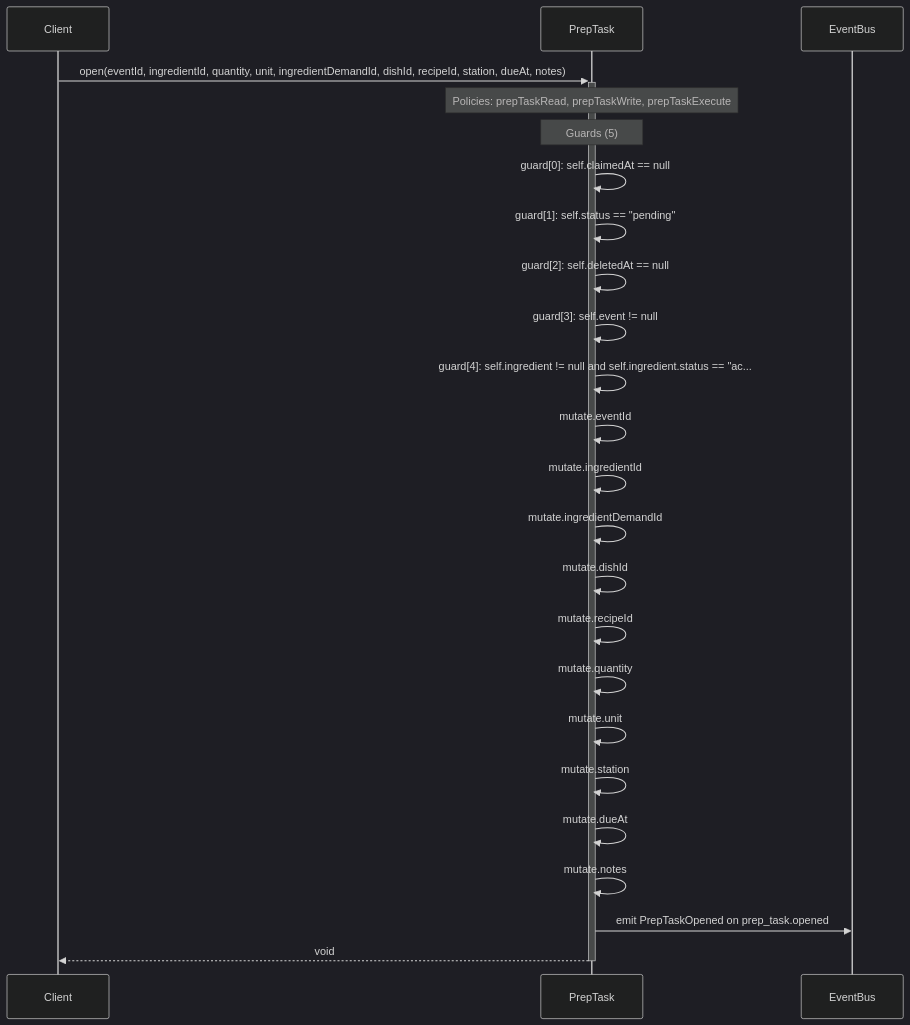
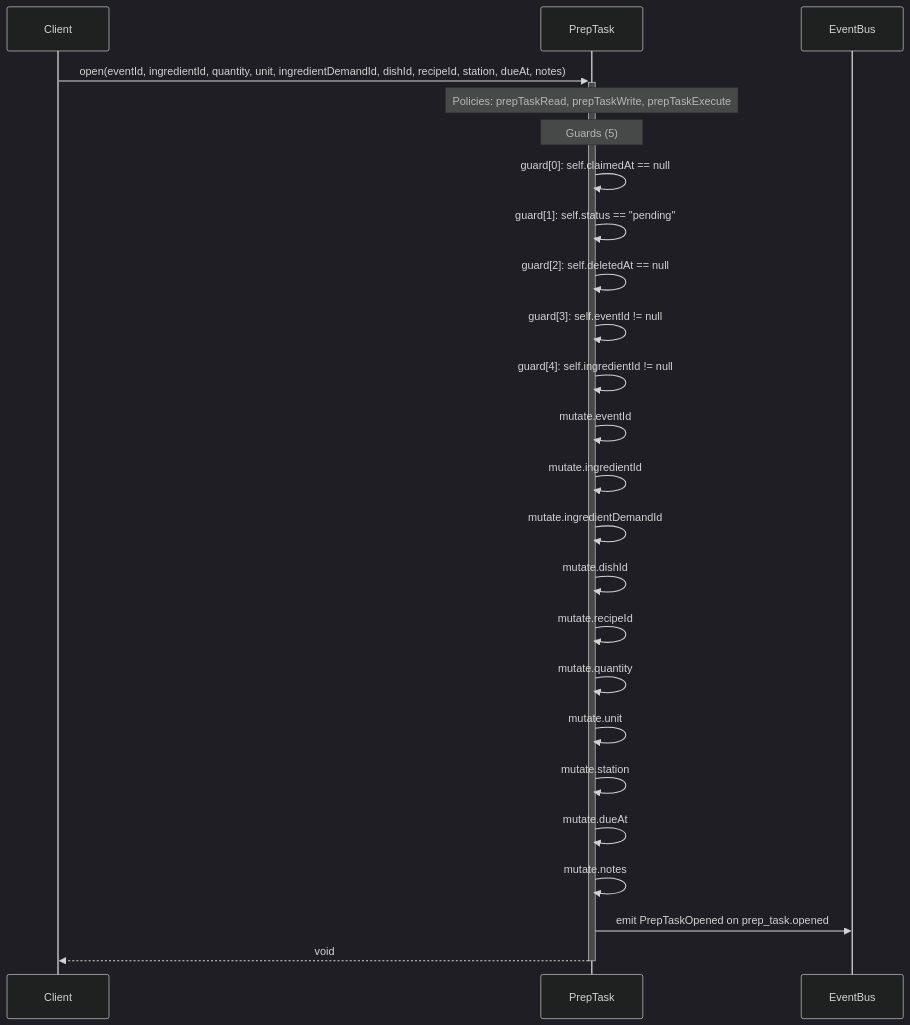
One commit to Angriff36/capsule changed the diagram in diagrams/sequence-PrepTask-open.mmd. Above: the diagram before and after it, drawn with Mermaid (dark theme). The commit also changed 277 other files, not shown here.

```diff
--- a/diagrams/sequence-PrepTask-open.mmd
+++ b/diagrams/sequence-PrepTask-open.mmd
@@ -1,24 +1,24 @@
 sequenceDiagram
     participant Client
     participant PrepTask as PrepTask
     participant EventBus
     Client->>+PrepTask: open(eventId, ingredientId, quantity, unit, ingredientDemandId, dishId, recipeId, station, dueAt, notes)
     Note over PrepTask: Policies: prepTaskRead, prepTaskWrite, prepTaskExecute
     Note over PrepTask: Guards (5)
     PrepTask->>PrepTask: guard[0]: self.claimedAt == null
     PrepTask->>PrepTask: guard[1]: self.status == #quot;pending#quot;
     PrepTask->>PrepTask: guard[2]: self.deletedAt == null
-    PrepTask->>PrepTask: guard[3]: self.event != null
-    PrepTask->>PrepTask: guard[4]: self.ingredient != null and self.ingredient.status == #quot;ac...
+    PrepTask->>PrepTask: guard[3]: self.eventId != null
+    PrepTask->>PrepTask: guard[4]: self.ingredientId != null
     PrepTask->>PrepTask: mutate.eventId
     PrepTask->>PrepTask: mutate.ingredientId
     PrepTask->>PrepTask: mutate.ingredientDemandId
     PrepTask->>PrepTask: mutate.dishId
     PrepTask->>PrepTask: mutate.recipeId
     PrepTask->>PrepTask: mutate.quantity
     PrepTask->>PrepTask: mutate.unit
     PrepTask->>PrepTask: mutate.station
     PrepTask->>PrepTask: mutate.dueAt
     PrepTask->>PrepTask: mutate.notes
     PrepTask->>EventBus: emit PrepTaskOpened on prep_task.opened
     PrepTask-->>-Client: void
```
